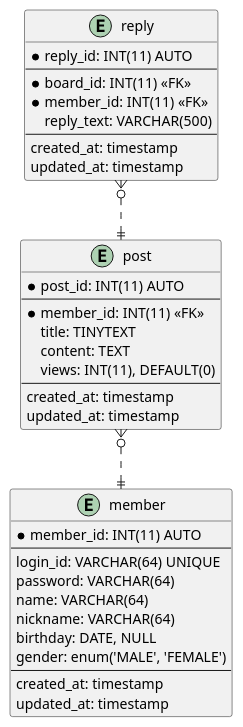
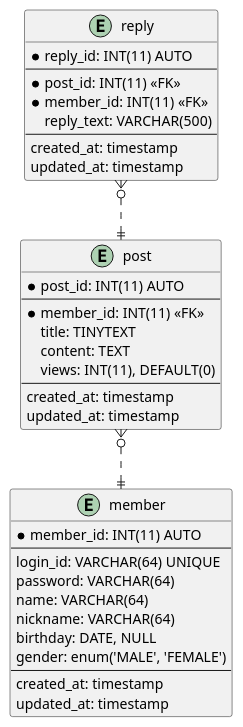
The diagram in Resources/model.plantuml (daumtto53/mini_board), drawn with PlantUML before and after one commit.

Commit message:
docs(erd): fixed typo reply's board_id to post_id

```diff
--- a/Resources/model.plantuml
+++ b/Resources/model.plantuml
@@ -1,43 +1,43 @@
 @startuml
 
 entity "post" as post {
 	*post_id: INT(11) AUTO
 	--
 	*member_id: INT(11) <<FK>>
 	title: TINYTEXT
 	content: TEXT
 	views: INT(11), DEFAULT(0)
 	--
 	created_at: timestamp
 	updated_at: timestamp
 }
 
 entity "member" as member {
 	*member_id: INT(11) AUTO
 	--
 	login_id: VARCHAR(64) UNIQUE
 	password: VARCHAR(64)
 	name: VARCHAR(64)
 	nickname: VARCHAR(64)
 	birthday: DATE, NULL
 	gender: enum('MALE', 'FEMALE')
 	--
 	created_at: timestamp
 	updated_at: timestamp
 }
 
 entity "reply" as reply {
 	*reply_id: INT(11) AUTO
 	--
-	*board_id: INT(11) <<FK>>
+	*post_id: INT(11) <<FK>>
 	*member_id: INT(11) <<FK>>
 	reply_text: VARCHAR(500)
 	--
 	created_at: timestamp
 	updated_at: timestamp
 }
 
 post	}o..||	member
 reply	}o..||	post
 
 @enduml
```
